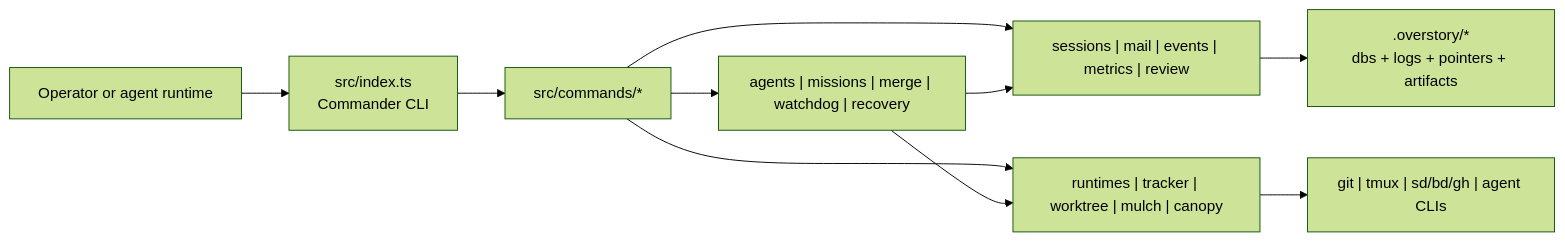
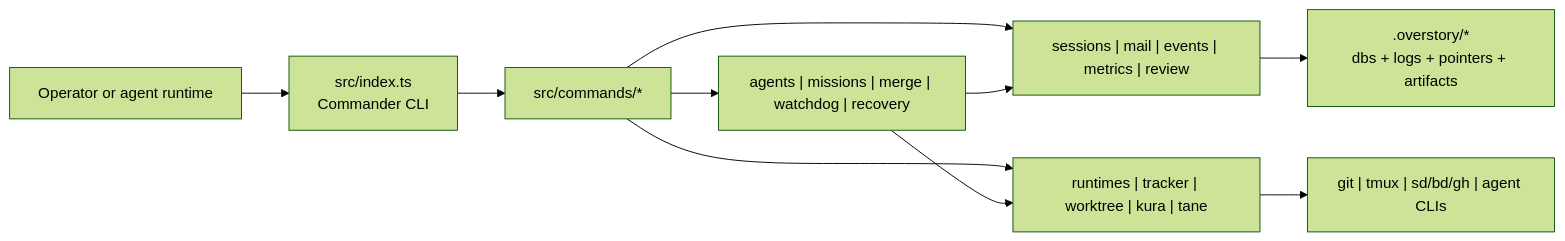
One commit to liker0704/haru changed the first of 2 diagrams in docs/architecture/overview.md. Above: the diagram before and after it, drawn with Mermaid (forest theme). The commit also changed other lines of this file and 33 other files, not shown here.

First line of the commit message:
docs(rebrand): Overstory→Haru, mulch→kura, seeds→suji, canopy→tane

````diff
--- a/docs/architecture/overview.md
+++ b/docs/architecture/overview.md
@@ -316,15 +316,15 @@
 ```mermaid
 flowchart LR
     User["Operator or agent runtime"] --> CLI["src/index.ts<br/>Commander CLI"]
     CLI --> Commands["src/commands/*"]
 
     Commands --> Orchestration["agents | missions | merge | watchdog | recovery"]
     Commands --> Stores["sessions | mail | events | metrics | review"]
-    Commands --> Adapters["runtimes | tracker | worktree | mulch | canopy"]
+    Commands --> Adapters["runtimes | tracker | worktree | kura | tane"]
 
     Orchestration --> Stores
     Orchestration --> Adapters
 
     Stores --> DotOverstory[".overstory/*<br/>dbs + logs + pointers + artifacts"]
     Adapters --> External["git | tmux | sd/bd/gh | agent CLIs"]
 ```
````
